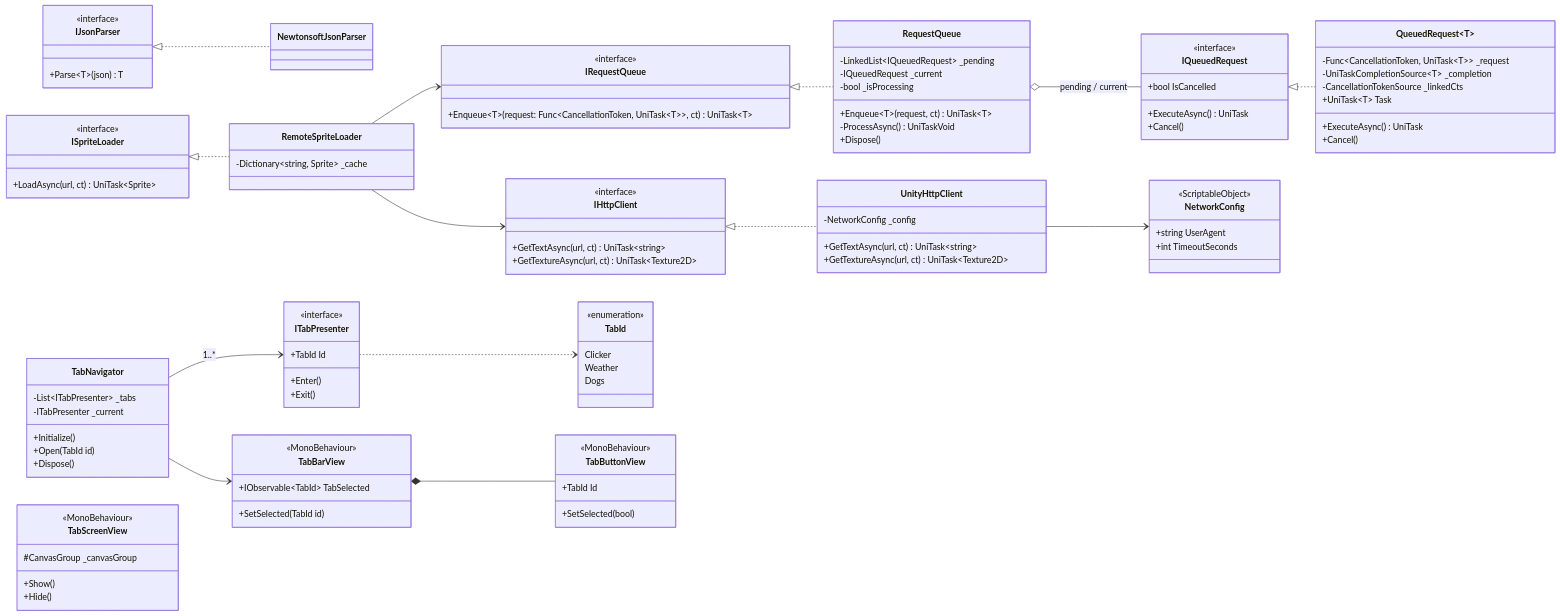
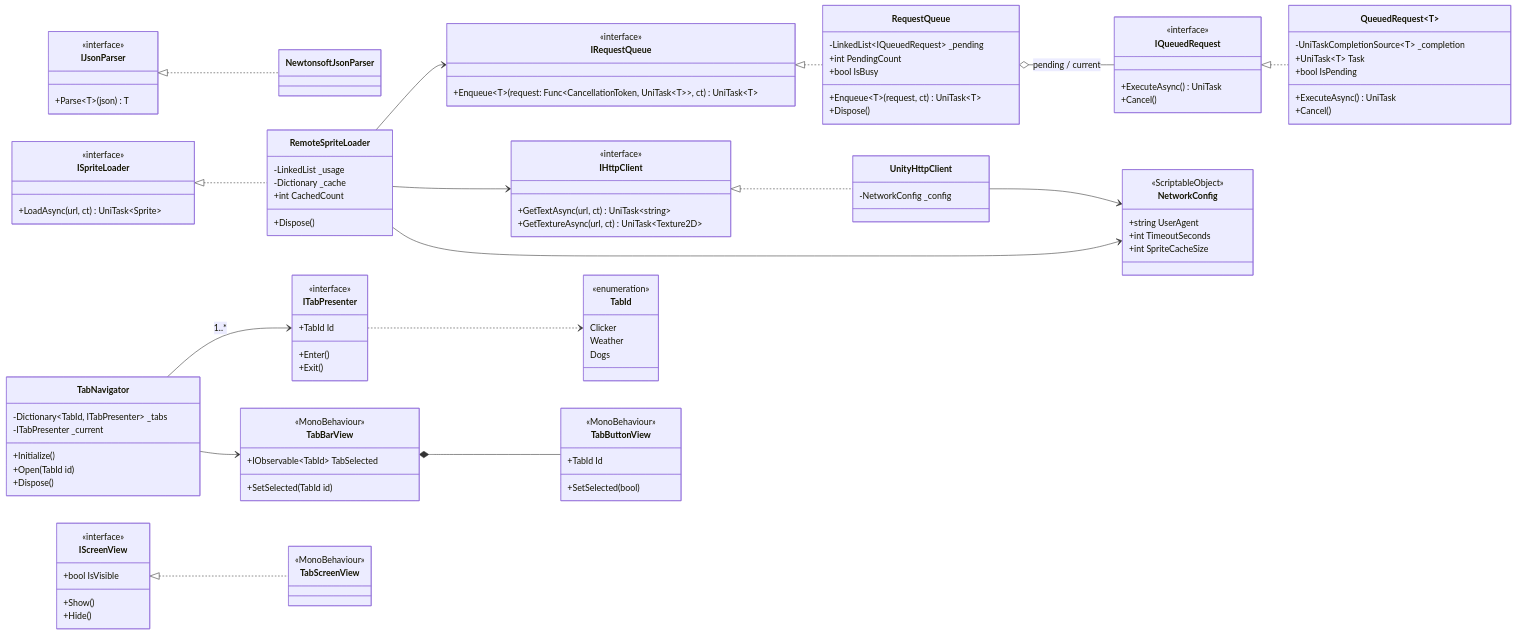
One commit to PinochetLab/test-task-ckr-system changed the second of 6 diagrams in Docs/Architecture.md. Above: the diagram before and after it, drawn with Mermaid. The commit also changed other lines of this file, not shown here.

Commit message:
updated architecture docs

````diff
--- a/Docs/Architecture.md
+++ b/Docs/Architecture.md
@@ -212,23 +229,20 @@
     }
     class RequestQueue {
         -LinkedList~IQueuedRequest~ _pending
-        -IQueuedRequest _current
-        -bool _isProcessing
+        +int PendingCount
+        +bool IsBusy
         +Enqueue~T~(request, ct) UniTask~T~
-        -ProcessAsync() UniTaskVoid
         +Dispose()
     }
     class IQueuedRequest {
         <<interface>>
-        +bool IsCancelled
         +ExecuteAsync() UniTask
         +Cancel()
     }
     class QueuedRequest~T~ {
-        -Func&lt;CancellationToken, UniTask&lt;T&gt;&gt; _request
         -UniTaskCompletionSource~T~ _completion
-        -CancellationTokenSource _linkedCts
         +UniTask~T~ Task
+        +bool IsPending
         +ExecuteAsync() UniTask
         +Cancel()
     }
@@ -239,8 +253,6 @@
     }
     class UnityHttpClient {
         -NetworkConfig _config
-        +GetTextAsync(url, ct) UniTask~string~
-        +GetTextureAsync(url, ct) UniTask~Texture2D~
     }
     class IJsonParser {
         <<interface>>
@@ -252,12 +264,16 @@
         +LoadAsync(url, ct) UniTask~Sprite~
     }
     class RemoteSpriteLoader {
-        -Dictionary~string, Sprite~ _cache
+        -LinkedList _usage
+        -Dictionary _cache
+        +int CachedCount
+        +Dispose()
     }
     class NetworkConfig {
         <<ScriptableObject>>
         +string UserAgent
         +int TimeoutSeconds
+        +int SpriteCacheSize
     }
 
     IRequestQueue <|.. RequestQueue
@@ -269,6 +285,7 @@
     ISpriteLoader <|.. RemoteSpriteLoader
     RemoteSpriteLoader --> IRequestQueue
     RemoteSpriteLoader --> IHttpClient
+    RemoteSpriteLoader --> NetworkConfig
 
     class TabId {
         <<enumeration>>
@@ -283,7 +300,7 @@
         +Exit()
     }
     class TabNavigator {
-        -List~ITabPresenter~ _tabs
+        -Dictionary~TabId, ITabPresenter~ _tabs
         -ITabPresenter _current
         +Initialize()
         +Open(TabId id)
@@ -299,15 +316,19 @@
         +TabId Id
         +SetSelected(bool)
     }
+    class IScreenView {
+        <<interface>>
+        +bool IsVisible
+        +Show()
+        +Hide()
+    }
     class TabScreenView {
         <<MonoBehaviour>>
-        #CanvasGroup _canvasGroup
-        +Show()
-        +Hide()
     }
 
     TabNavigator --> ITabPresenter : 1..*
     TabNavigator --> TabBarView
     TabBarView *-- TabButtonView
     ITabPresenter ..> TabId
+    IScreenView <|.. TabScreenView
 ```
````
